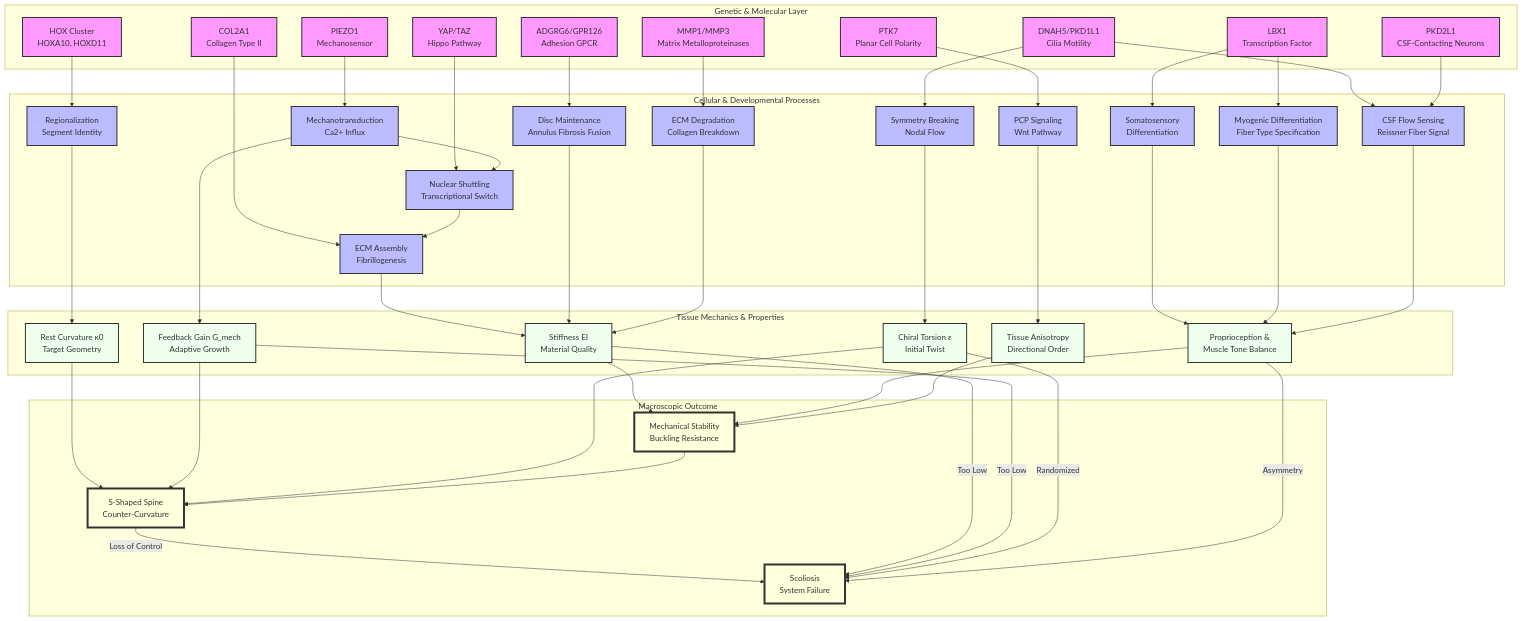
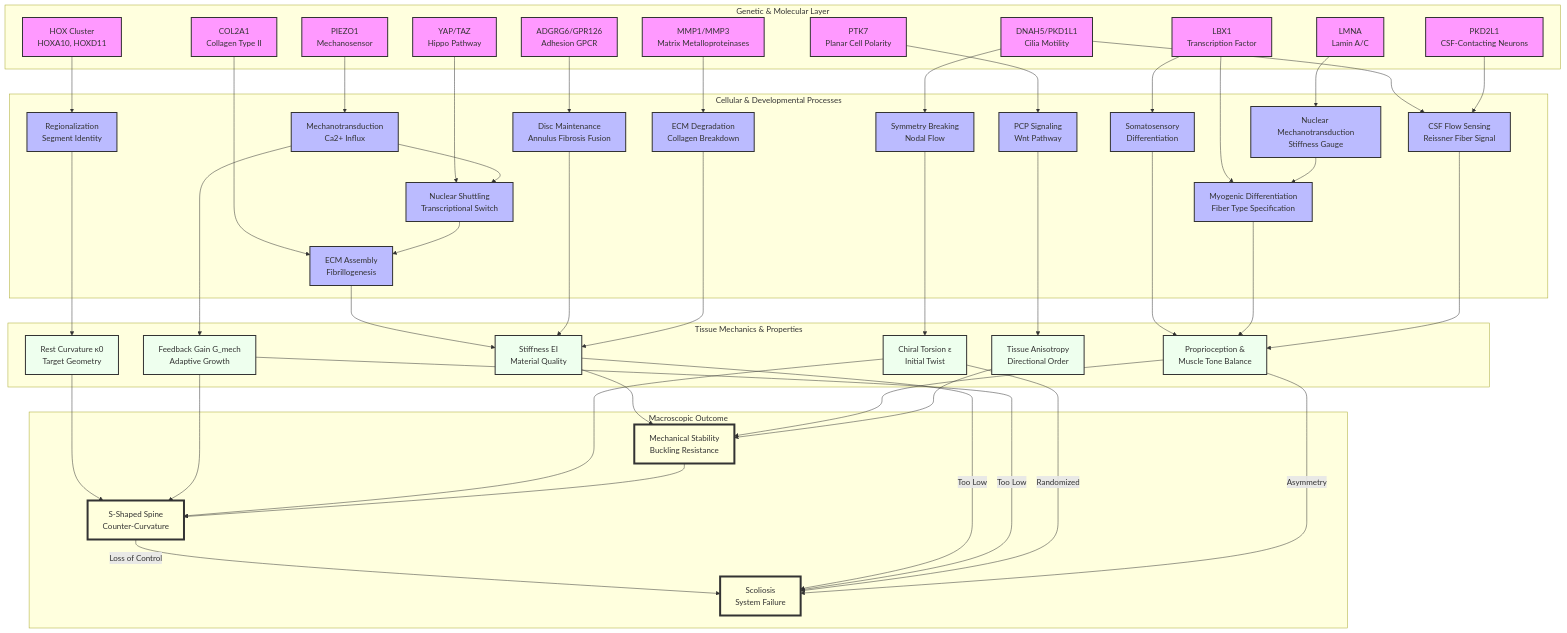
The diagram in docs/figures/scoliosis_mechanism_map.mmd (sayuj1989-ops/life), drawn with Mermaid before and after one commit. The commit also changed 2 other files, not shown here.

Commit message:
docs: add Lamin A/C nuclear stiffness pathway to mechanism map
- Updates `docs/figures/scoliosis_mechanism_map.mmd` to include LMNA gene, Nuclear Mechanotransduction process, and connections to Muscle Differentiation.
- Adds narrative explanation in `docs/scoliosis_mechanism_map.md` citing Swift et al. (2013) and linking to spinal instability via fatty infiltration.
- Renders updated mechanism map to `docs/figures/scoliosis_mechanism_map.png`.

```diff
--- a/docs/figures/scoliosis_mechanism_map.mmd
+++ b/docs/figures/scoliosis_mechanism_map.mmd
@@ -1,108 +1,114 @@
 graph TD
     %% Subgraphs for Organization
     subgraph Genetics [Genetic & Molecular Layer]
         HOX[HOX Cluster<br/>HOXA10, HOXD11]
         COL[COL2A1<br/>Collagen Type II]
         PIEZO[PIEZO1<br/>Mechanosensor]
         CILIA[DNAH5/PKD1L1<br/>Cilia Motility]
         LBX1[LBX1<br/>Transcription Factor]
         ADGRG6[ADGRG6/GPR126<br/>Adhesion GPCR]
         PTK7[PTK7<br/>Planar Cell Polarity]
         YAP[YAP/TAZ<br/>Hippo Pathway]
         PKD2L1[PKD2L1<br/>CSF-Contacting Neurons]
         MMP[MMP1/MMP3<br/>Matrix Metalloproteinases]
+        LMNA[LMNA<br/>Lamin A/C]
     end
 
     subgraph Processes [Cellular & Developmental Processes]
         Region[Regionalization<br/>Segment Identity]
         ECM_Assembly[ECM Assembly<br/>Fibrillogenesis]
         Nucl_Shuttle[Nuclear Shuttling<br/>Transcriptional Switch]
         Mech_Trans[Mechanotransduction<br/>Ca2+ Influx]
         Sym_Break[Symmetry Breaking<br/>Nodal Flow]
         CSF_Sensing[CSF Flow Sensing<br/>Reissner Fiber Signal]
         Neur_Diff[Somatosensory<br/>Differentiation]
         Muscle_Diff[Myogenic Differentiation<br/>Fiber Type Specification]
         Disc_Maint[Disc Maintenance<br/>Annulus Fibrosis Fusion]
         PCP_Sig[PCP Signaling<br/>Wnt Pathway]
         Degradation[ECM Degradation<br/>Collagen Breakdown]
+        Nucl_Mech[Nuclear Mechanotransduction<br/>Stiffness Gauge]
     end
 
     subgraph Tissue [Tissue Mechanics & Properties]
         Rest_Kappa[Rest Curvature κ0<br/>Target Geometry]
         Stiffness[Stiffness EI<br/>Material Quality]
         Gain[Feedback Gain G_mech<br/>Adaptive Growth]
         Torsion[Chiral Torsion ε<br/>Initial Twist]
         Muscle_Tone[Proprioception &<br/>Muscle Tone Balance]
         Anisotropy[Tissue Anisotropy<br/>Directional Order]
     end
 
     subgraph Outcome [Macroscopic Outcome]
         S_Curve[S-Shaped Spine<br/>Counter-Curvature]
         Stability[Mechanical Stability<br/>Buckling Resistance]
         Scoliosis[Scoliosis<br/>System Failure]
     end
 
     %% Connections
     HOX --> Region
     Region --> Rest_Kappa
     Rest_Kappa --> S_Curve
 
     COL --> ECM_Assembly
     ECM_Assembly --> Stiffness
     Stiffness --> Stability
 
     PIEZO --> Mech_Trans
     Mech_Trans --> Gain
     Gain --> S_Curve
 
     CILIA --> Sym_Break
     Sym_Break --> Torsion
     Torsion --> S_Curve
 
     LBX1 --> Neur_Diff
     LBX1 --> Muscle_Diff
     Neur_Diff --> Muscle_Tone
     Muscle_Diff --> Muscle_Tone
     Muscle_Tone --> Stability
 
     %% NEW ARC: ADGRG6
     ADGRG6 --> Disc_Maint
     Disc_Maint --> Stiffness
 
     %% NEW ARC: PTK7
     PTK7 --> PCP_Sig
     PCP_Sig --> Anisotropy
     Anisotropy --> Stability
 
     %% NEW ARC: YAP/TAZ
     YAP --> Nucl_Shuttle
     Nucl_Shuttle --> ECM_Assembly
     Mech_Trans --> Nucl_Shuttle
 
     %% NEW ARC: CSF/Reissner Fiber
     CILIA --> CSF_Sensing
     PKD2L1 --> CSF_Sensing
     CSF_Sensing --> Muscle_Tone
 
     %% NEW ARC: MMP Degradation
     MMP --> Degradation
     Degradation --> Stiffness
 
+    %% NEW ARC: Lamin A/C Stiffness Gauge
+    LMNA --> Nucl_Mech
+    Nucl_Mech --> Muscle_Diff
+
     %% Cross-Talk and Failures
     Stability --> S_Curve
     S_Curve -- "Loss of Control" --> Scoliosis
     Stiffness -- "Too Low" --> Scoliosis
     Gain -- "Too Low" --> Scoliosis
     Torsion -- "Randomized" --> Scoliosis
     Muscle_Tone -- "Asymmetry" --> Scoliosis
 
     %% Styling
     classDef gene fill:#f9f,stroke:#333,stroke-width:2px;
     classDef process fill:#bbf,stroke:#333,stroke-width:2px;
     classDef tissue fill:#efe,stroke:#333,stroke-width:2px;
     classDef outcome fill:#ffd,stroke:#333,stroke-width:4px;
 
-    class HOX,COL,PIEZO,CILIA,LBX1,ADGRG6,PTK7,YAP,PKD2L1,MMP gene;
-    class Region,ECM_Assembly,Mech_Trans,Sym_Break,Neur_Diff,Muscle_Diff,Disc_Maint,PCP_Sig,Nucl_Shuttle,CSF_Sensing,Degradation process;
+    class HOX,COL,PIEZO,CILIA,LBX1,ADGRG6,PTK7,YAP,PKD2L1,MMP,LMNA gene;
+    class Region,ECM_Assembly,Mech_Trans,Sym_Break,Neur_Diff,Muscle_Diff,Disc_Maint,PCP_Sig,Nucl_Shuttle,CSF_Sensing,Degradation,Nucl_Mech process;
     class Rest_Kappa,Stiffness,Gain,Torsion,Muscle_Tone,Anisotropy tissue;
     class S_Curve,Stability,Scoliosis outcome;
```
